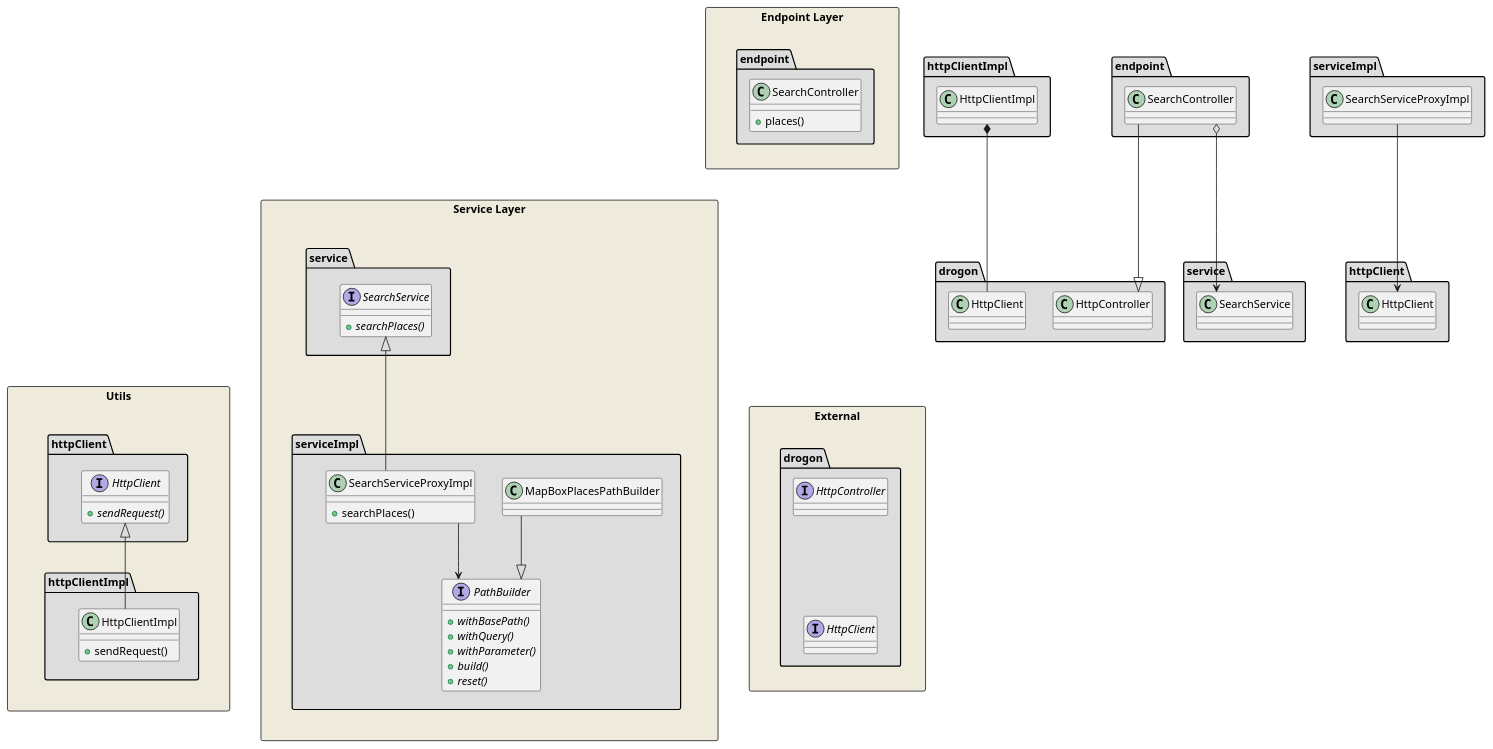
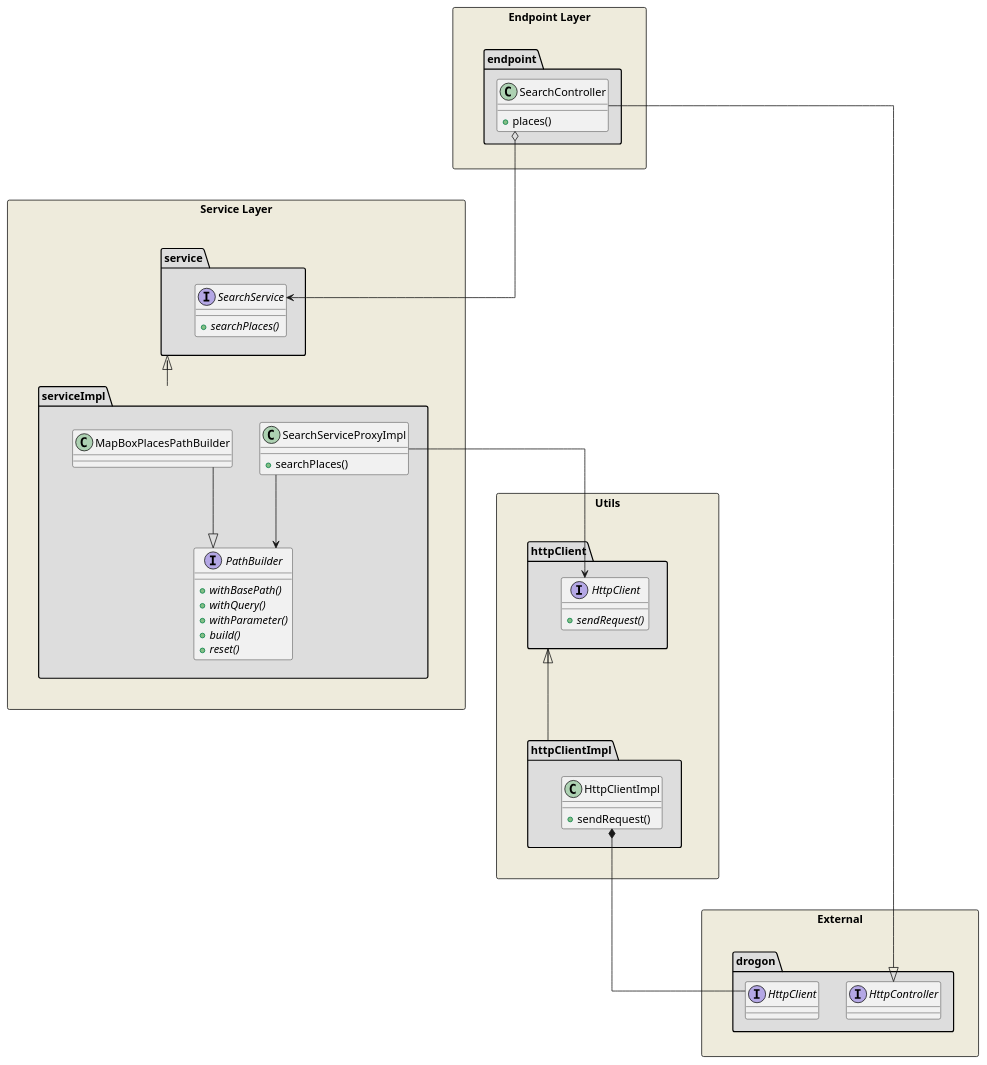
The diagram in class_diagram.plantuml (danimihalca/map_app_search_service), drawn with PlantUML before and after one commit.

Commit message:
Fixed class diagram

```diff
--- a/class_diagram.plantuml
+++ b/class_diagram.plantuml
@@ -1,110 +1,102 @@
 @startuml Class Diagram
 
 skinparam linetype ortho
-' skinparam rectangle {
-'     BackgroundColor #DDDDDD
-' }
 
 skinparam package {
     BackgroundColor #DDDDDD
 }
 
-' set separator none
-
 rectangle "Endpoint Layer" as endpoint_layer #EEEBDC {
-    namespace endpoint {
+    package endpoint {
         class SearchController {
             +places()
         }
     }
 }
 
 rectangle "Service Layer" as service_layer #EEEBDC {
     ' Main service
-    namespace service {
+    package service {
         interface SearchService {
             {abstract} +searchPlaces()
         }
     }
 
-    namespace serviceImpl {
+    package serviceImpl {
         interface PathBuilder {
             {abstract} +withBasePath()
             {abstract} +withQuery()
             {abstract} +withParameter()
             {abstract} +build()
             {abstract} +reset()
         }
         class MapBoxPlacesPathBuilder
 
         class SearchServiceProxyImpl {
             +searchPlaces()
         }
 
         MapBoxPlacesPathBuilder --|> PathBuilder
         SearchServiceProxyImpl --> PathBuilder
    }
 
     ' Relations
-    serviceImpl.SearchServiceProxyImpl --|> service.SearchService
+    serviceImpl::SearchServiceProxyImpl --|> service::SearchService
 
     ' Alignment
     service -[hidden]down- serviceImpl
 
 
 
 }
 
 rectangle "Utils" as utils_layer #EEEBDC {
     ' HTTP Client
-    namespace httpClient {
+    package httpClient {
         interface HttpClient {
             {abstract} +sendRequest()
         }
 
 
     }
 
-    namespace httpClientImpl {
+    package httpClientImpl {
         class HttpClientImpl {
             +sendRequest()
         }
 
     }
 
     ' Relations
-    httpClientImpl.HttpClientImpl --|> httpClient.HttpClient
+    httpClientImpl::HttpClientImpl --|> httpClient::HttpClient
 
     ' Alignment
     httpClient -[hidden]down- httpClientImpl
 }
 
 
 ' External dependencies
 rectangle "External" as external_layer #EEEBDC{
-    namespace drogon {
+    package drogon {
         interface HttpController
-        interface HttpClient
-
-        ' Alignment
-        HttpController -[hidden]down- HttpClient
+        interface DrogonHttpClient as "HttpClient"
     }
 }
 
 
 ' Relations
-endpoint.SearchController --|> drogon.HttpController
-endpoint.SearchController o--> service.SearchService
+SearchController --|> HttpController
+SearchController o--> SearchService
 
-serviceImpl.SearchServiceProxyImpl --> httpClient.HttpClient
+SearchServiceProxyImpl --> HttpClient
 
-httpClientImpl.HttpClientImpl *-- drogon.HttpClient
+HttpClientImpl *-- DrogonHttpClient
 
 
 ' Alignment
 endpoint_layer -[hidden]down- service_layer
 service_layer -[hidden]down- external_layer
 utils_layer -[hidden]right- external_layer
 
 
 @enduml
```
